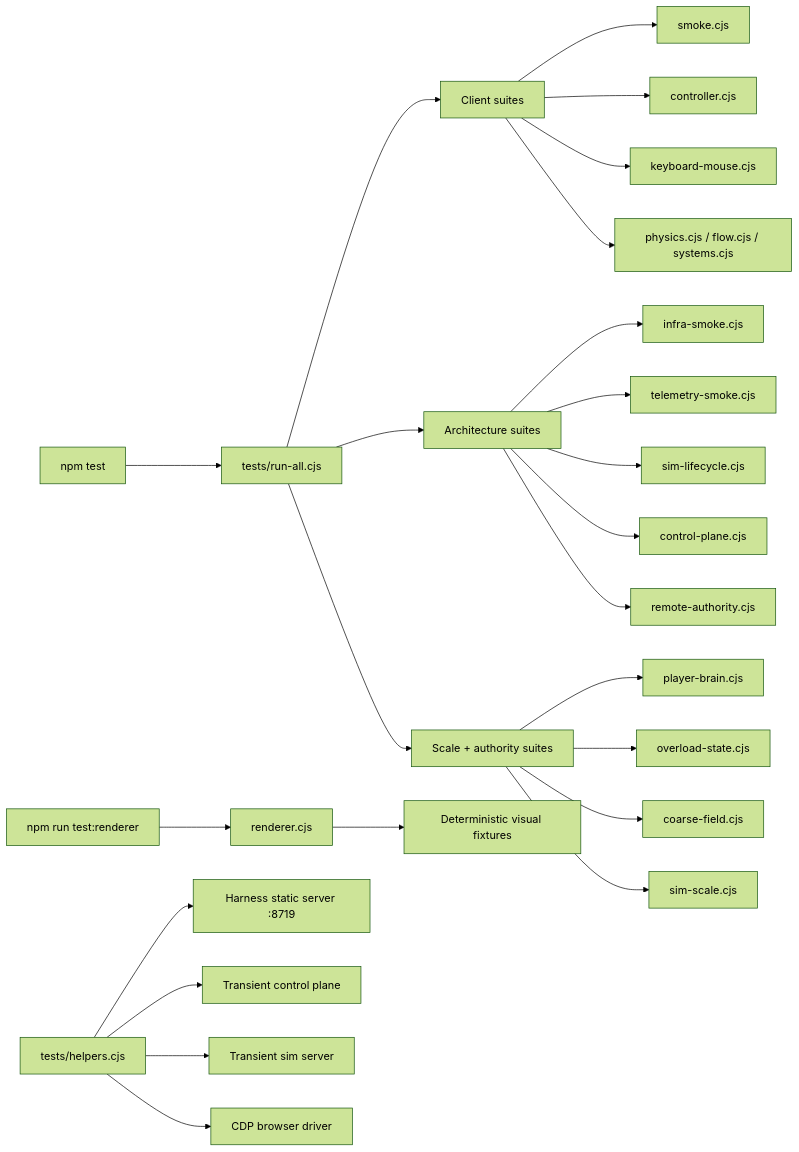
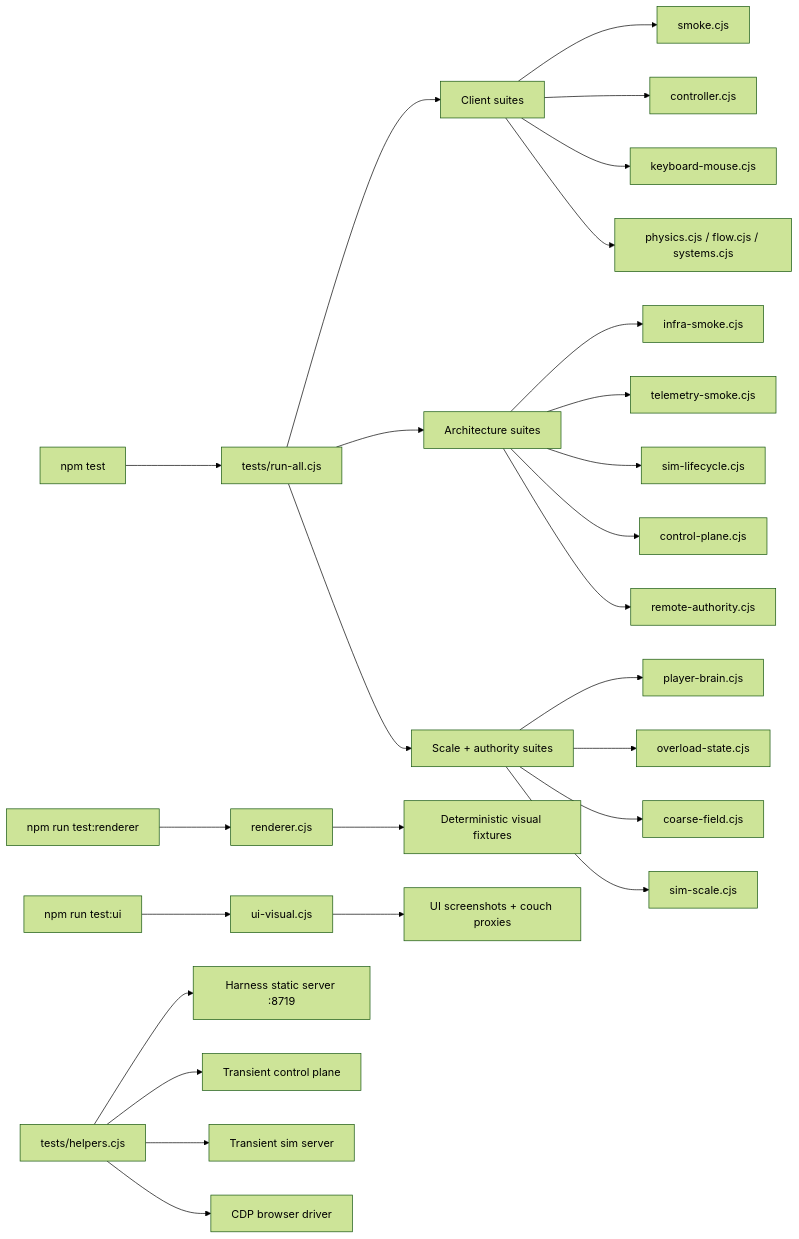
One commit to theysayheygreg/last-black-hole changed the diagram in docs/reference/TEST-HARNESS.md. Above: the diagram before and after it, drawn with Mermaid (forest theme). The commit also changed other lines of this file and 15 other files, not shown here.

````diff
--- a/docs/reference/TEST-HARNESS.md
+++ b/docs/reference/TEST-HARNESS.md
@@ -23,31 +24,34 @@
 ```mermaid
 flowchart LR
     A["npm test"] --> B["tests/run-all.cjs"]
     B --> C["Client suites"]
     B --> D["Architecture suites"]
     B --> E["Scale + authority suites"]
 
     C --> C1["smoke.cjs"]
     C --> C2["controller.cjs"]
     C --> C3["keyboard-mouse.cjs"]
     C --> C4["physics.cjs / flow.cjs / systems.cjs"]
 
     D --> D1["infra-smoke.cjs"]
     D --> D2["telemetry-smoke.cjs"]
     D --> D3["sim-lifecycle.cjs"]
     D --> D4["control-plane.cjs"]
     D --> D5["remote-authority.cjs"]
 
     E --> E1["player-brain.cjs"]
     E --> E2["overload-state.cjs"]
     E --> E3["coarse-field.cjs"]
     E --> E4["sim-scale.cjs"]
 
     F["npm run test:renderer"] --> G["renderer.cjs"]
     G --> H["Deterministic visual fixtures"]
 
+    N["npm run test:ui"] --> O["ui-visual.cjs"]
+    O --> P["UI screenshots + couch proxies"]
+
     I["tests/helpers.cjs"] --> J["Harness static server :8719"]
     I --> K["Transient control plane"]
     I --> L["Transient sim server"]
     I --> M["CDP browser driver"]
 ```
````
